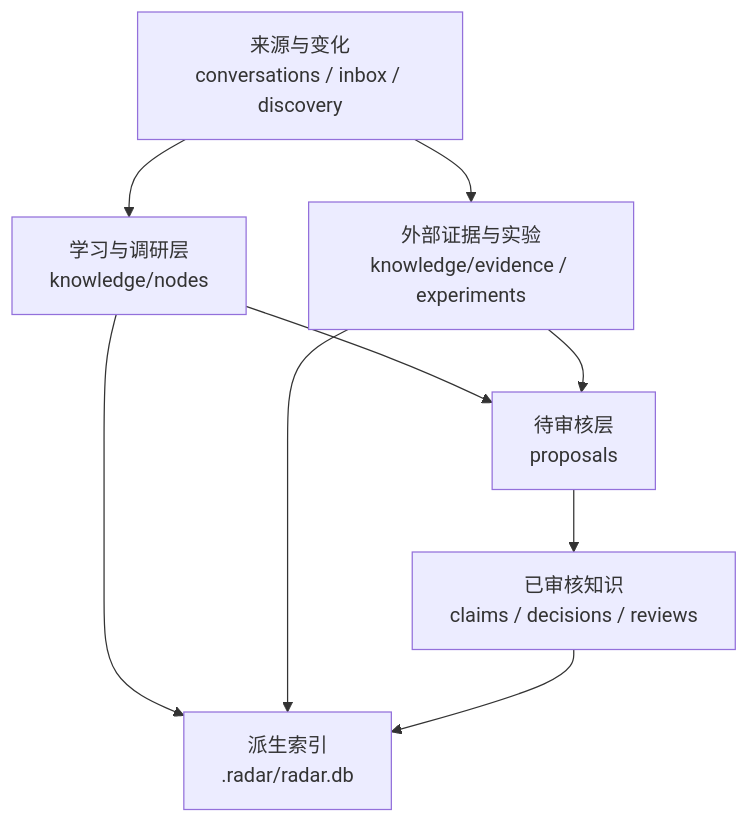
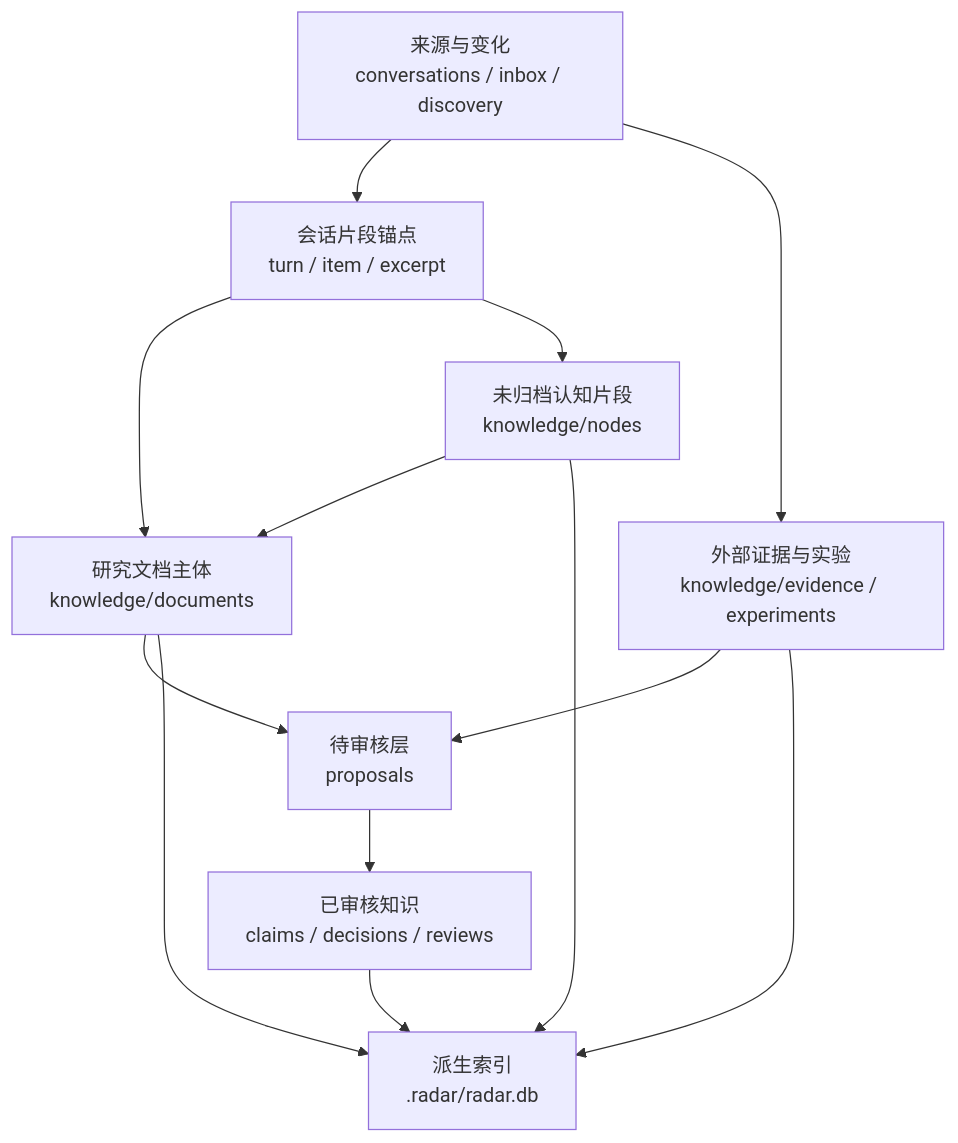
One commit to WXD7/agent-tech-radar changed the diagram in docs/ARCHITECTURE.md. Above: the diagram before and after it, drawn with Mermaid. The commit also changed other lines of this file and 50 other files, not shown here.

````diff
--- a/docs/ARCHITECTURE.md
+++ b/docs/ARCHITECTURE.md
@@ -21,18 +21,24 @@
 ```mermaid
 flowchart TB
     Raw["来源与变化\nconversations / inbox / discovery"]
-    Personal["学习与调研层\nknowledge/nodes"]
+    Documents["研究文档主体\nknowledge/documents"]
+    Fragments["未归档认知片段\nknowledge/nodes"]
+    Anchors["会话片段锚点\nturn / item / excerpt"]
     Evidence["外部证据与实验\nknowledge/evidence / experiments"]
     Proposal["待审核层\nproposals"]
     Accepted["已审核知识\nclaims / decisions / reviews"]
     Index["派生索引\n.radar/radar.db"]
 
-    Raw --> Personal
+    Raw --> Anchors
+    Anchors --> Documents
+    Anchors --> Fragments
     Raw --> Evidence
-    Personal --> Proposal
+    Documents --> Proposal
+    Fragments --> Documents
     Evidence --> Proposal
     Proposal --> Accepted
-    Personal --> Index
+    Documents --> Index
+    Fragments --> Index
     Evidence --> Index
     Accepted --> Index
 ```
````
